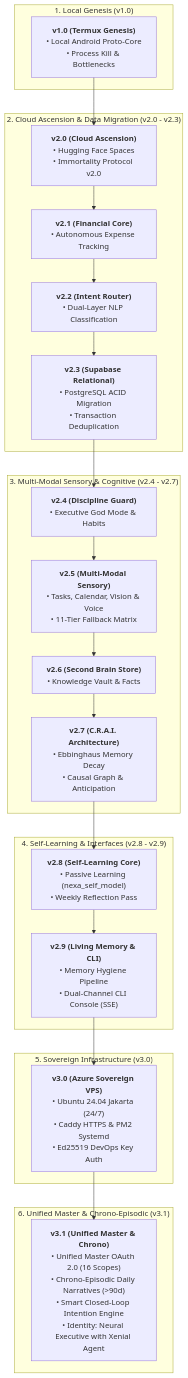
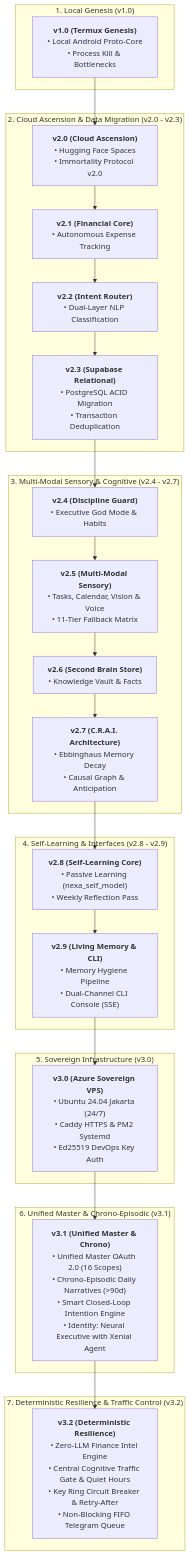
Before and after one commit to Knightrelaxed/nexa-server: the first of 3 diagrams in docs/NEXA_VERSION_EVOLUTION_ROADMAP.md, drawn with Mermaid. The commit also changed other lines of this file and 13 other files, not shown here.

````diff
--- a/docs/NEXA_VERSION_EVOLUTION_ROADMAP.md
+++ b/docs/NEXA_VERSION_EVOLUTION_ROADMAP.md
@@ -13,35 +13,39 @@
 ```mermaid
 flowchart TD
     subgraph S1 ["1. Local Genesis (v1.0)"]
         V1["<b>v1.0 (Termux Genesis)</b><br>• Local Android Proto-Core<br>• Process Kill & Bottlenecks"]
     end
 
     subgraph S2 ["2. Cloud Ascension & Data Migration (v2.0 - v2.3)"]
         V20["<b>v2.0 (Cloud Ascension)</b><br>• Hugging Face Spaces<br>• Immortality Protocol v2.0"]
         V21["<b>v2.1 (Financial Core)</b><br>• Autonomous Expense Tracking"]
         V22["<b>v2.2 (Intent Router)</b><br>• Dual-Layer NLP Classification"]
         V23["<b>v2.3 (Supabase Relational)</b><br>• PostgreSQL ACID Migration<br>• Transaction Deduplication"]
     end
 
     subgraph S3 ["3. Multi-Modal Sensory & Cognitive (v2.4 - v2.7)"]
         V24["<b>v2.4 (Discipline Guard)</b><br>• Executive God Mode & Habits"]
         V25["<b>v2.5 (Multi-Modal Sensory)</b><br>• Tasks, Calendar, Vision & Voice<br>• 11-Tier Fallback Matrix"]
         V26["<b>v2.6 (Second Brain Store)</b><br>• Knowledge Vault & Facts"]
         V27["<b>v2.7 (C.R.A.I. Architecture)</b><br>• Ebbinghaus Memory Decay<br>• Causal Graph & Anticipation"]
     end
 
     subgraph S4 ["4. Self-Learning & Interfaces (v2.8 - v2.9)"]
         V28["<b>v2.8 (Self-Learning Core)</b><br>• Passive Learning (nexa_self_model)<br>• Weekly Reflection Pass"]
         V29["<b>v2.9 (Living Memory & CLI)</b><br>• Memory Hygiene Pipeline<br>• Dual-Channel CLI Console (SSE)"]
     end
 
     subgraph S5 ["5. Sovereign Infrastructure (v3.0)"]
         V30["<b>v3.0 (Azure Sovereign VPS)</b><br>• Ubuntu 24.04 Jakarta (24/7)<br>• Caddy HTTPS & PM2 Systemd<br>• Ed25519 DevOps Key Auth"]
     end
 
     subgraph S6 ["6. Unified Master & Chrono-Episodic (v3.1)"]
         V31["<b>v3.1 (Unified Master & Chrono)</b><br>• Unified Master OAuth 2.0 (16 Scopes)<br>• Chrono-Episodic Daily Narratives (>90d)<br>• Smart Closed-Loop Intention Engine<br>• Identity: Neural Executive with Xenial Agent"]
     end
 
-    V1 --> V20 --> V21 --> V22 --> V23 --> V24 --> V25 --> V26 --> V27 --> V28 --> V29 --> V30 --> V31
+    subgraph S7 ["7. Deterministic Resilience & Traffic Control (v3.2)"]
+        V32["<b>v3.2 (Deterministic Resilience)</b><br>• Zero-LLM Finance Intel Engine<br>• Central Cognitive Traffic Gate & Quiet Hours<br>• Key Ring Circuit Breaker & Retry-After<br>• Non-Blocking FIFO Telegram Queue"]
+    end
+
+    V1 --> V20 --> V21 --> V22 --> V23 --> V24 --> V25 --> V26 --> V27 --> V28 --> V29 --> V30 --> V31 --> V32
 ```
````
